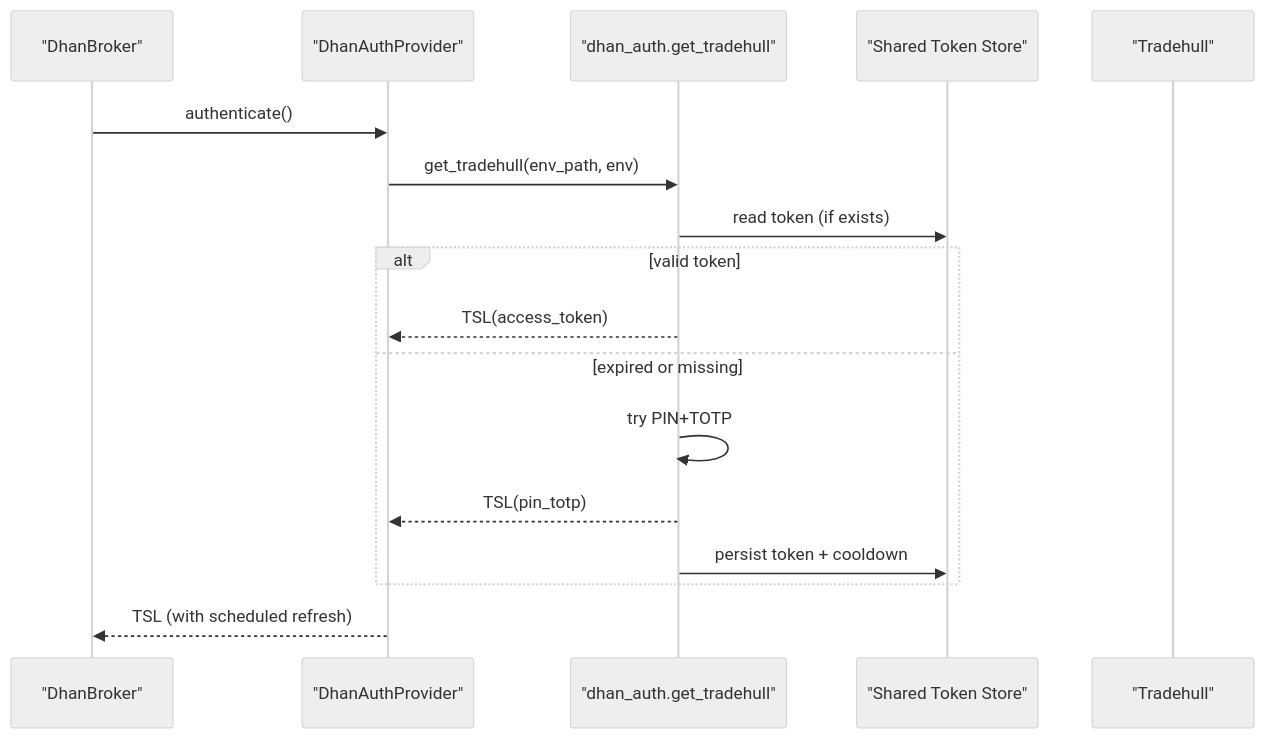
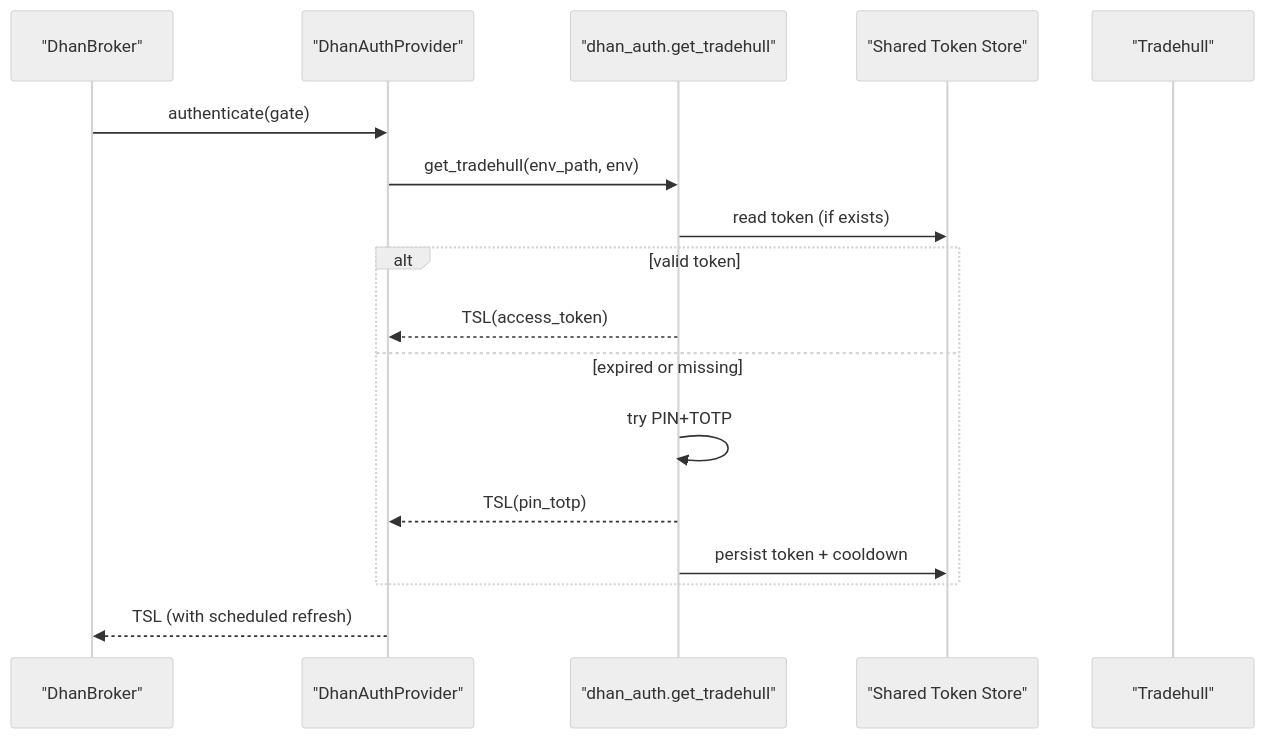
Before and after one commit to Ganesh-Kusundal/nTrade: the seventh of 13 diagrams in .qoder/repowiki/en/content/Architecture Overview/Broker Abstraction Pattern/Broker Abstraction Pattern.md, drawn with Mermaid (neutral theme). The commit also changed other lines of this file and 2201 other files, not shown here.

Commit message:
Integrate completeness: live runner hardening, broker adapter layers, rate-limiting infrastructure, data pipeline (parquet OHLCV + ingestion scripts), contract testing framework, options analytics, and updated architecture/knowledge docs

````diff
--- a/.qoder/repowiki/en/content/Architecture Overview/Broker Abstraction Pattern/Broker Abstraction Pattern.md
+++ b/.qoder/repowiki/en/content/Architecture Overview/Broker Abstraction Pattern/Broker Abstraction Pattern.md
@@ -330,19 +385,19 @@
 ```mermaid
 sequenceDiagram
 participant App as "DhanBroker"
 participant Provider as "DhanAuthProvider"
 participant AuthMod as "dhan_auth.get_tradehull"
 participant Store as "Shared Token Store"
 participant TSL as "Tradehull"
-App->>Provider : authenticate()
+App->>Provider : authenticate(gate)
 Provider->>AuthMod : get_tradehull(env_path, env)
 AuthMod->>Store : read token (if exists)
 alt valid token
 AuthMod-->>Provider : TSL(access_token)
 else expired or missing
 AuthMod->>AuthMod : try PIN+TOTP
 AuthMod-->>Provider : TSL(pin_totp)
 AuthMod->>Store : persist token + cooldown
 end
 Provider-->>App : TSL (with scheduled refresh)
 ```
````
